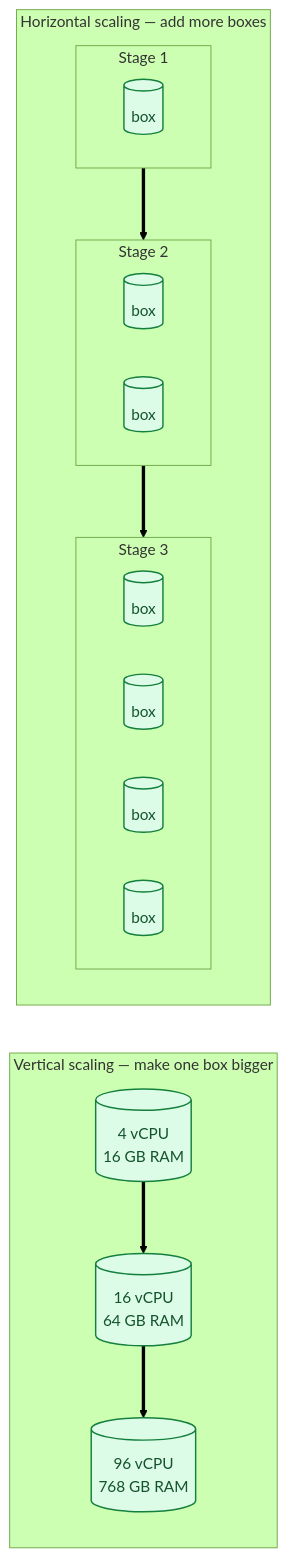
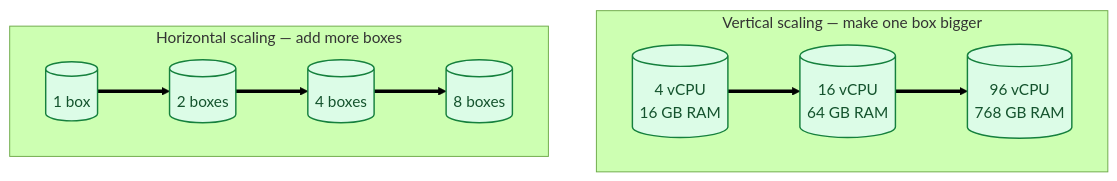
The first of 4 diagrams in _sd_concepts/039-horizontal-vs-vertical.md (shiningflash/shiningflash.github.io), drawn with Mermaid (forest theme) before and after one commit. The commit also changed 8 other files, not shown here.

First line of the commit message:
Fix diagrams that rendered cramped at column width

````diff
--- a/_sd_concepts/039-horizontal-vs-vertical.md
+++ b/_sd_concepts/039-horizontal-vs-vertical.md
@@ -14,30 +14,21 @@
 ```mermaid
-flowchart LR
+flowchart TB
     subgraph V["Vertical scaling — make one box bigger"]
-        direction TB
+        direction LR
         V1[("4 vCPU<br/>16 GB RAM")]:::server
         V2[("16 vCPU<br/>64 GB RAM")]:::server
         V3[("96 vCPU<br/>768 GB RAM")]:::server
         V1 ==> V2 ==> V3
     end
 
     subgraph H["Horizontal scaling — add more boxes"]
-        direction TB
-        subgraph H1["Stage 1"]
-            HA[("box")]:::server
-        end
-        subgraph H2["Stage 2"]
-            HB[("box")]:::server
-            HC[("box")]:::server
-        end
-        subgraph H3["Stage 3"]
-            HD[("box")]:::server
-            HE[("box")]:::server
-            HF[("box")]:::server
-            HG[("box")]:::server
-        end
-        H1 ==> H2 ==> H3
+        direction LR
+        HA[("1 box")]:::server
+        HB[("2 boxes")]:::server
+        HC[("4 boxes")]:::server
+        HD[("8 boxes")]:::server
+        HA ==> HB ==> HC ==> HD
     end
 
     classDef server fill:#dcfce7,stroke:#15803d,color:#14532d,stroke-width:1.5px
 ```
````
